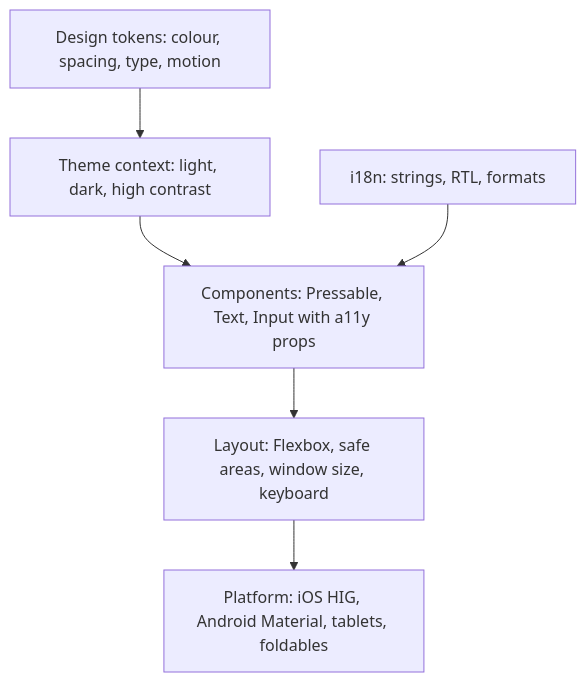
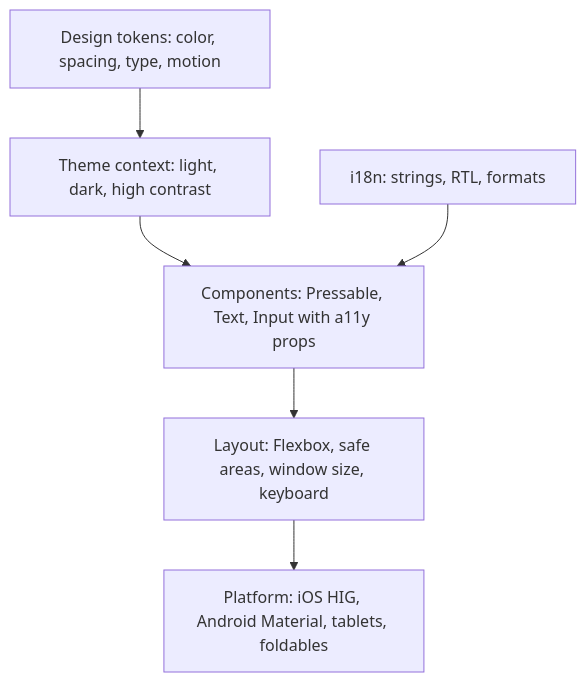
Before and after one commit to Sri-Bhat/Frontend-Interview-Handbook: the first of 2 diagrams in react-native-v2/07-ui-styling-layout-accessibility-and-localization.md, drawn with Mermaid. The commit also changed other lines of this file, not shown here.

````diff
--- a/react-native-v2/07-ui-styling-layout-accessibility-and-localization.md
+++ b/react-native-v2/07-ui-styling-layout-accessibility-and-localization.md
@@ -33,8 +33,8 @@
 ```mermaid
 flowchart TB
-  T["Design tokens: colour, spacing, type, motion"] --> TH["Theme context: light, dark, high contrast"]
+  T["Design tokens: color, spacing, type, motion"] --> TH["Theme context: light, dark, high contrast"]
   TH --> C["Components: Pressable, Text, Input with a11y props"]
   C --> L["Layout: Flexbox, safe areas, window size, keyboard"]
   L --> P["Platform: iOS HIG, Android Material, tablets, foldables"]
   I["i18n: strings, RTL, formats"] --> C
 ```
````
